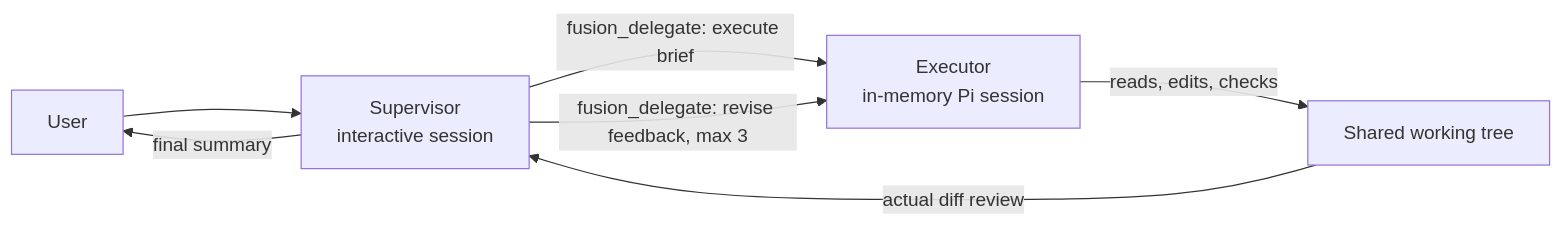
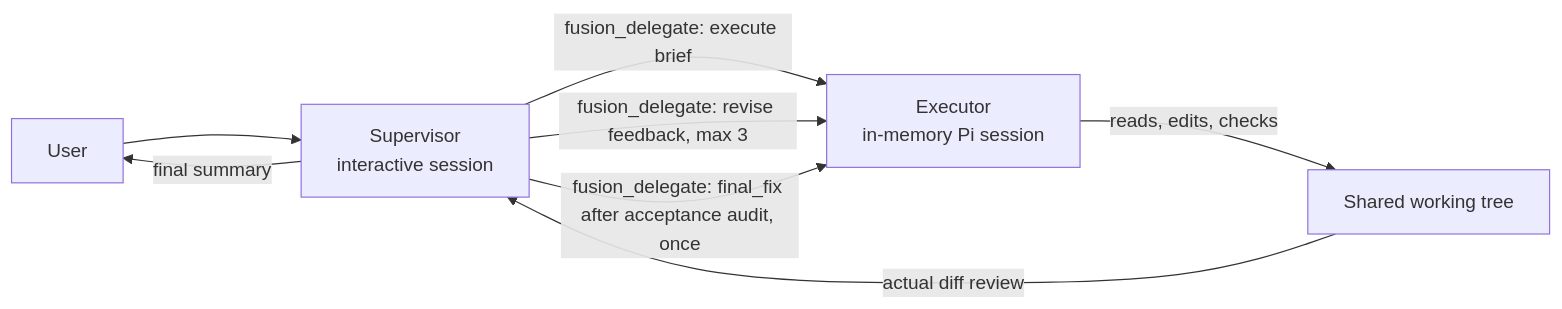
The diagram in README.md (liodali/fusion-pi-extension), drawn with Mermaid before and after one commit. The commit also changed other lines of this file and 6 other files, not shown here.

First line of the commit message:
feat(fusion): final_fix acceptance audit

````diff
--- a/README.md
+++ b/README.md
@@ -9,9 +9,10 @@
 ```mermaid
 flowchart LR
     U[User] --> S[Supervisor<br/>interactive session]
     S -->|fusion_delegate: execute brief| E[Executor<br/>in-memory Pi session]
     E -->|reads, edits, checks| W[Shared working tree]
     W -->|actual diff review| S
     S -->|fusion_delegate: revise feedback, max 3| E
+    S -->|fusion_delegate: final_fix after acceptance audit, once| E
     S -->|final summary| U
 ```
````
